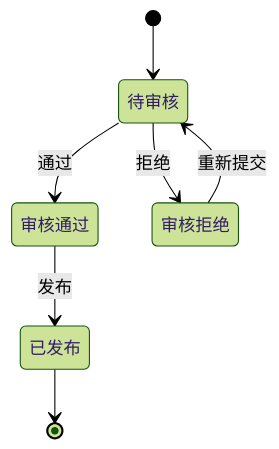
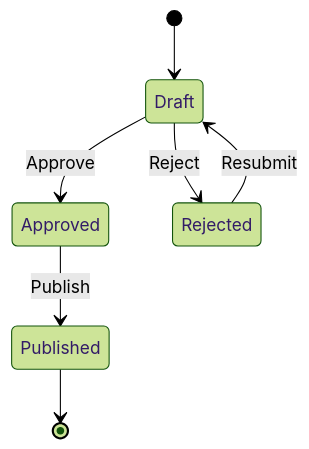
One commit to shakingshards-crypto/shakingshards-crypto.github.io changed the sixth of 7 diagrams in src/content/blog/mermaid-demo/index.md. Above: the diagram before and after it, drawn with Mermaid (forest theme). The commit also changed other lines of this file and 38 other files, not shown here.

````diff
--- a/src/content/blog/mermaid-demo/index.md
+++ b/src/content/blog/mermaid-demo/index.md
@@ -101,9 +101,9 @@
 ```mermaid
 stateDiagram-v2
-    [*] --> 待审核
-    待审核 --> 审核通过 : 通过
-    待审核 --> 审核拒绝 : 拒绝
-    审核通过 --> 已发布 : 发布
-    审核拒绝 --> 待审核 : 重新提交
-    已发布 --> [*]
+    [*] --> Draft
+    Draft --> Approved : Approve
+    Draft --> Rejected : Reject
+    Approved --> Published : Publish
+    Rejected --> Draft : Resubmit
+    Published --> [*]
 ```
````
